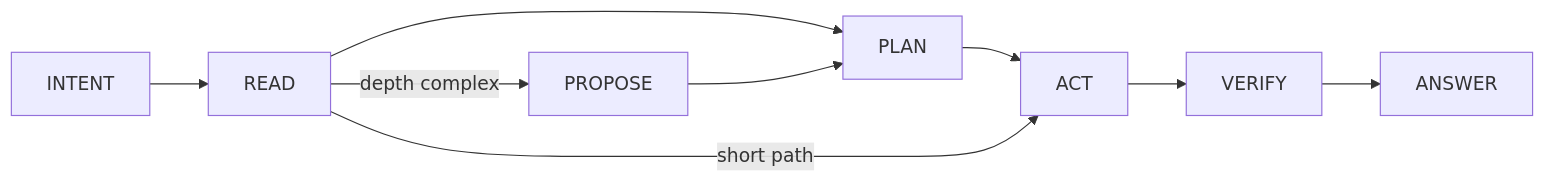
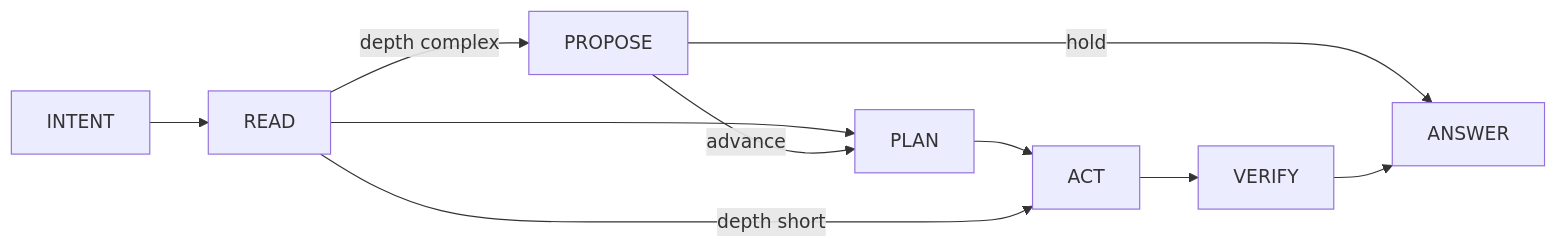
Before and after one commit to DroxKiwi/Drox---IDE---OR: diagram 12 of 13 in README.md, drawn with Mermaid. The commit also changed other lines of this file, not shown here.

````diff
--- a/README.md
+++ b/README.md
@@ -395,11 +414,12 @@
 ```mermaid
 flowchart LR
   I[INTENT] --> R[READ]
   R -->|depth complex| P[PROPOSE]
   R --> PL[PLAN]
-  P --> PL
+  P -->|advance| PL
+  P -->|hold| AN[ANSWER]
   PL --> A[ACT]
-  R -->|short path| A
+  R -->|depth short| A
   A --> V[VERIFY]
-  V --> AN[ANSWER]
+  V --> AN
 ```
````
